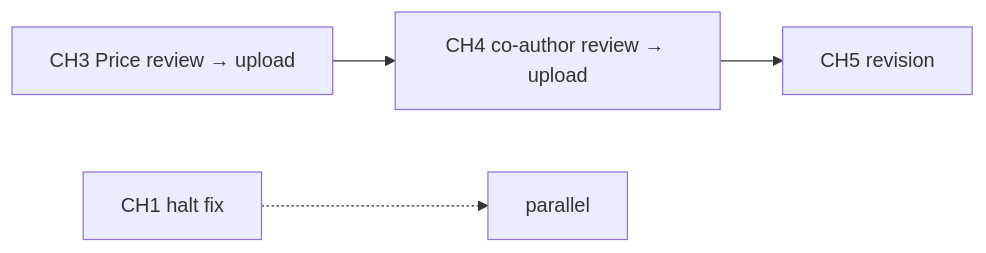
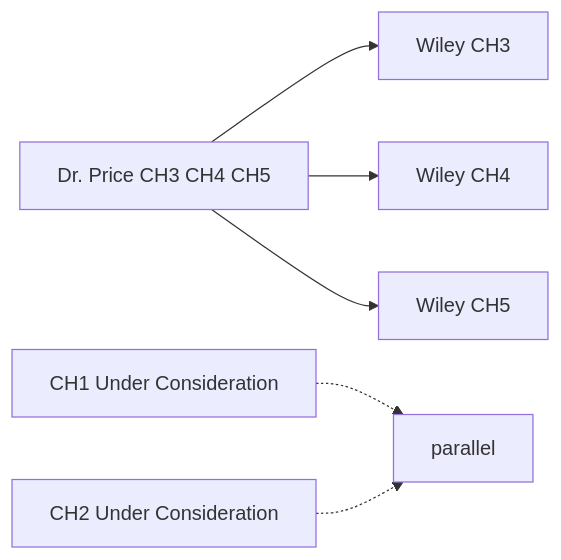
The diagram in TODO.md (Jerome3590/pgx-analysis), drawn with Mermaid before and after one commit. The commit also changed other lines of this file and 27 other files, not shown here.

````diff
--- a/TODO.md
+++ b/TODO.md
@@ -171,6 +265,8 @@
 ```mermaid
 flowchart LR
-  CH3[CH3 Price review → upload] --> CH4[CH4 co-author review → upload]
-  CH4 --> CH5[CH5 revision]
-  CH1[CH1 halt fix] -.-> parallel
+  P[Dr. Price CH3 CH4 CH5] --> U3[Wiley CH3]
+  P --> U4[Wiley CH4]
+  P --> U5[Wiley CH5]
+  CH1[CH1 Under Consideration] -.-> parallel
+  CH2[CH2 Under Consideration] -.-> parallel
 ```
````
